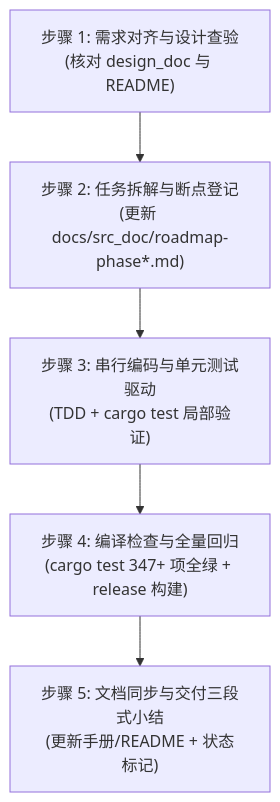
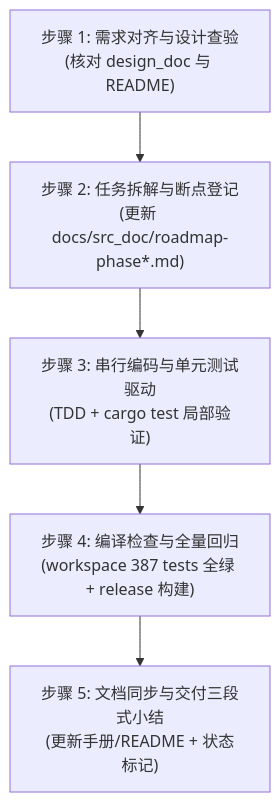
The diagram in skills/agent-body-developer/SKILL.md (digoal/agent-body), drawn with Mermaid before and after one commit. The commit also changed other lines of this file and 26 other files, not shown here.

Commit message:
docs(first-class): align README, INSTALL, SKILLs, manuals, arch docs, roadmaps, and 9 HTML decks to Phase 73

````diff
--- a/skills/agent-body-developer/SKILL.md
+++ b/skills/agent-body-developer/SKILL.md
@@ -107,7 +114,7 @@
 ```mermaid
 flowchart TD
     A["步骤 1: 需求对齐与设计查验<br/>(核对 design_doc 与 README)"] --> B["步骤 2: 任务拆解与断点登记<br/>(更新 docs/src_doc/roadmap-phase*.md)"]
     B --> C["步骤 3: 串行编码与单元测试驱动<br/>(TDD + cargo test 局部验证)"]
-    C --> D["步骤 4: 编译检查与全量回归<br/>(cargo test 347+ 项全绿 + release 构建)"]
+    C --> D["步骤 4: 编译检查与全量回归<br/>(workspace 387 tests 全绿 + release 构建)"]
     D --> E["步骤 5: 文档同步与交付三段式小结<br/>(更新手册/README + 状态标记)"]
 ```
````
